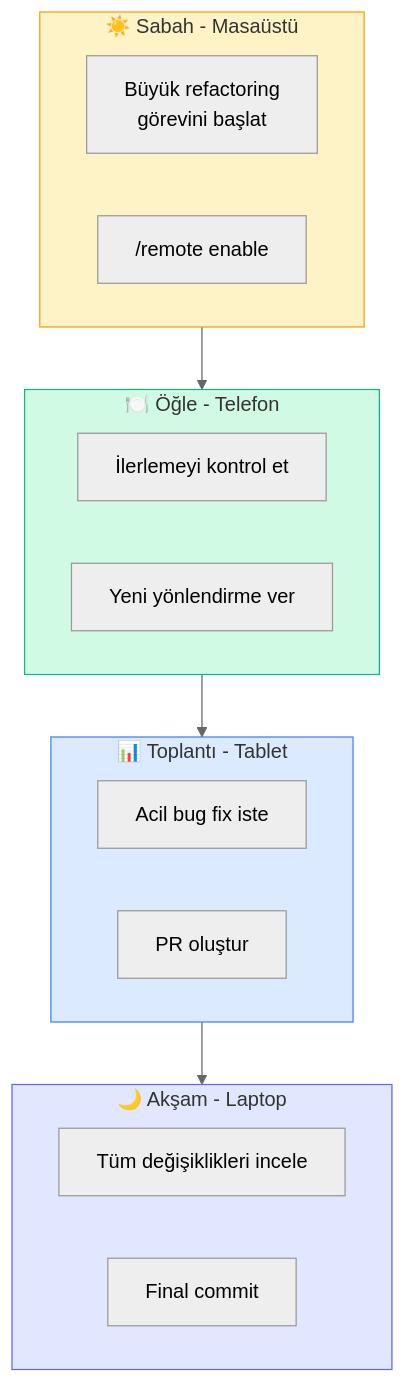
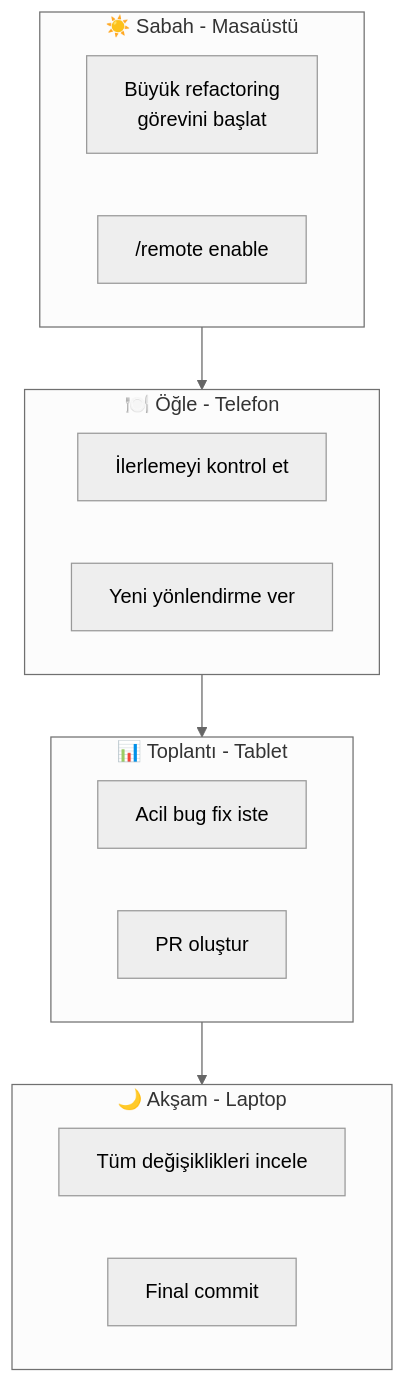
Before and after one commit to IzzetYasinAtes/ClaudeCodeHandbook: the fifth of 5 diagrams in 15-entegrasyonlar/07-uzaktan-kontrol.md, drawn with Mermaid (neutral theme). The commit also changed other lines of this file and 97 other files, not shown here.

Commit message:
Remove all custom Mermaid style/fill colors from 98 markdown files for consistent dark theme rendering

````diff
--- a/15-entegrasyonlar/07-uzaktan-kontrol.md
+++ b/15-entegrasyonlar/07-uzaktan-kontrol.md
@@ -218,29 +212,25 @@
 ```mermaid
 flowchart TB
     subgraph morning ["☀️ Sabah - Masaüstü"]
         M1["Büyük refactoring<br/>görevini başlat"]
         M2["/remote enable"]
     end
 
     subgraph lunch ["🍽️ Öğle - Telefon"]
         L1["İlerlemeyi kontrol et"]
         L2["Yeni yönlendirme ver"]
     end
 
     subgraph meeting ["📊 Toplantı - Tablet"]
         T1["Acil bug fix iste"]
         T2["PR oluştur"]
     end
 
     subgraph evening ["🌙 Akşam - Laptop"]
         E1["Tüm değişiklikleri incele"]
         E2["Final commit"]
     end
 
     morning --> lunch --> meeting --> evening
 
-    style morning fill:#FEF3C7,stroke:#F59E0B
-    style lunch fill:#D1FAE5,stroke:#10B981
-    style meeting fill:#DBEAFE,stroke:#3B82F6
-    style evening fill:#E0E7FF,stroke:#6366F1
 ```
````
